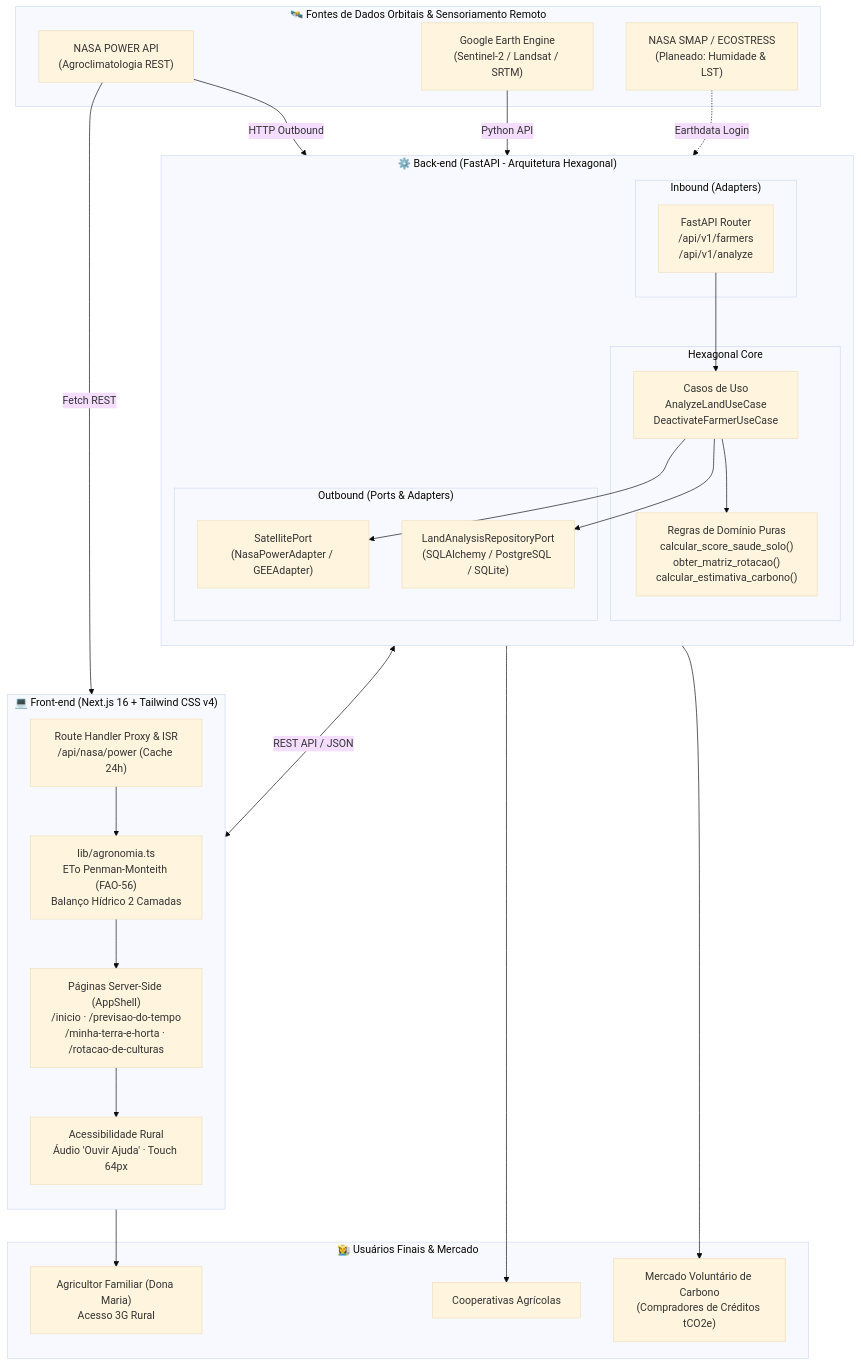
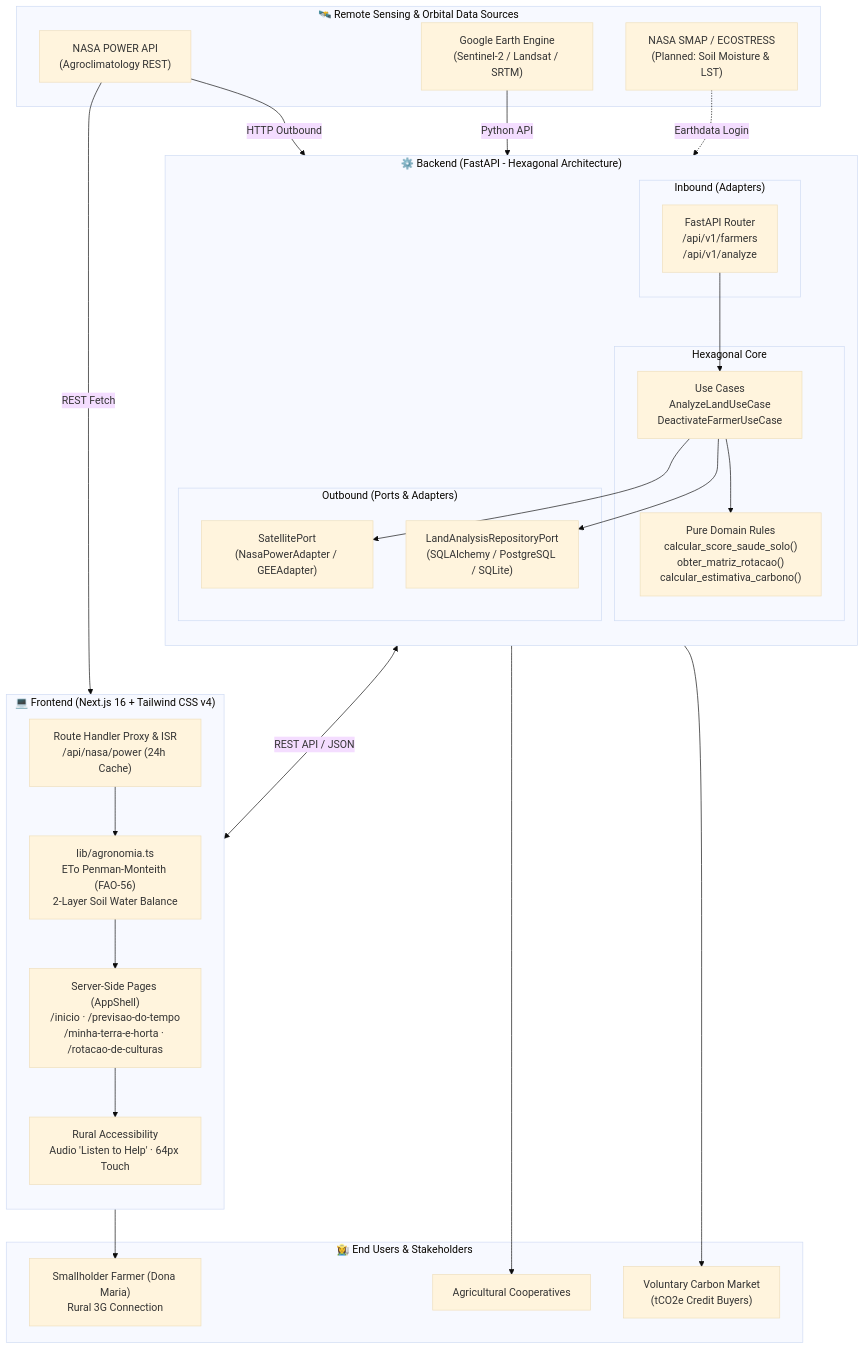
Before and after one commit to QuixindoDev/S.O.L.O: the diagram in README.md, drawn with Mermaid (base theme). The commit also changed other lines of this file, not shown here.

````diff
--- a/README.md
+++ b/README.md
@@ -119,56 +121,56 @@
 ```mermaid
 flowchart TD
-    subgraph Satellites["🛰️ Fontes de Dados Orbitais & Sensoriamento Remoto"]
-        NASA_POWER["NASA POWER API<br/>(Agroclimatologia REST)"]
+    subgraph Satellites["🛰️ Remote Sensing & Orbital Data Sources"]
+        NASA_POWER["NASA POWER API<br/>(Agroclimatology REST)"]
         GEE["Google Earth Engine<br/>(Sentinel-2 / Landsat / SRTM)"]
-        SMAP_PLANNED["NASA SMAP / ECOSTRESS<br/>(Planeado: Humidade & LST)"]
+        SMAP_PLANNED["NASA SMAP / ECOSTRESS<br/>(Planned: Soil Moisture & LST)"]
     end
 
-    subgraph Backend["⚙️ Back-end (FastAPI - Arquitetura Hexagonal)"]
+    subgraph Backend["⚙️ Backend (FastAPI - Hexagonal Architecture)"]
         direction TB
         subgraph Inbound["Inbound (Adapters)"]
             FASTAPI_ROUTER["FastAPI Router<br/>/api/v1/farmers<br/>/api/v1/analyze"]
         end
         subgraph Core["Hexagonal Core"]
-            USE_CASES["Casos de Uso<br/>AnalyzeLandUseCase<br/>DeactivateFarmerUseCase"]
-            DOMAIN_RULES["Regras de Domínio Puras<br/>calcular_score_saude_solo()<br/>obter_matriz_rotacao()<br/>calcular_estimativa_carbono()"]
+            USE_CASES["Use Cases<br/>AnalyzeLandUseCase<br/>DeactivateFarmerUseCase"]
+            DOMAIN_RULES["Pure Domain Rules<br/>calcular_score_saude_solo()<br/>obter_matriz_rotacao()<br/>calcular_estimativa_carbono()"]
         end
         subgraph Outbound["Outbound (Ports & Adapters)"]
             SATELLITE_PORT["SatellitePort<br/>(NasaPowerAdapter / GEEAdapter)"]
             REPO_PORT["LandAnalysisRepositoryPort<br/>(SQLAlchemy / PostgreSQL / SQLite)"]
         end
     end
 
-    subgraph Frontend["💻 Front-end (Next.js 16 + Tailwind CSS v4)"]
+    subgraph Frontend["💻 Frontend (Next.js 16 + Tailwind CSS v4)"]
         direction TB
-        SSR_CACHE["Route Handler Proxy & ISR<br/>/api/nasa/power (Cache 24h)"]
-        AGRONOMIA_LIB["lib/agronomia.ts<br/>ETo Penman-Monteith (FAO-56)<br/>Balanço Hídrico 2 Camadas"]
-        UI_SCREENS["Páginas Server-Side (AppShell)<br/>/inicio · /previsao-do-tempo<br/>/minha-terra-e-horta · /rotacao-de-culturas"]
-        AUDIO_ACCESSIBILITY["Acessibilidade Rural<br/>Áudio 'Ouvir Ajuda' · Touch 64px"]
+        SSR_CACHE["Route Handler Proxy & ISR<br/>/api/nasa/power (24h Cache)"]
+        AGRONOMIA_LIB["lib/agronomia.ts<br/>ETo Penman-Monteith (FAO-56)<br/>2-Layer Soil Water Balance"]
+        UI_SCREENS["Server-Side Pages (AppShell)<br/>/inicio · /previsao-do-tempo<br/>/minha-terra-e-horta · /rotacao-de-culturas"]
+        AUDIO_ACCESSIBILITY["Rural Accessibility<br/>Audio 'Listen to Help' · 64px Touch"]
     end
 
-    subgraph Users["👩‍🌾 Usuários Finais & Mercado"]
-        DONA_MARIA["Agricultor Familiar (Dona Maria)<br/>Acesso 3G Rural"]
-        COOPERATIVAS["Cooperativas Agrícolas"]
-        CARBON_MARKET["Mercado Voluntário de Carbono<br/>(Compradores de Créditos tCO2e)"]
+    subgraph Users["👩‍🌾 End Users & Stakeholders"]
+        DONA_MARIA["Smallholder Farmer (Dona Maria)<br/>Rural 3G Connection"]
+        COOPERATIVAS["Agricultural Cooperatives"]
+        CARBON_MARKET["Voluntary Carbon Market<br/>(tCO2e Credit Buyers)"]
     end
 
-    NASA_POWER -->|Fetch REST| SSR_CACHE
+    NASA_POWER -->|REST Fetch| SSR_CACHE
     NASA_POWER -->|HTTP Outbound| SATELLITE_PORT
     GEE -->|Python API| SATELLITE_PORT
     SMAP_PLANNED -.->|Earthdata Login| SATELLITE_PORT
 
     FASTAPI_ROUTER --> USE_CASES
     USE_CASES --> DOMAIN_RULES
     USE_CASES --> SATELLITE_PORT
     USE_CASES --> REPO_PORT
 
     SSR_CACHE --> AGRONOMIA_LIB
     AGRONOMIA_LIB --> UI_SCREENS
     UI_SCREENS --> AUDIO_ACCESSIBILITY
 
     FASTAPI_ROUTER <-->|REST API / JSON| UI_SCREENS
     UI_SCREENS --> DONA_MARIA
     FASTAPI_ROUTER --> COOPERATIVAS
     FASTAPI_ROUTER --> CARBON_MARKET
 ```
````
